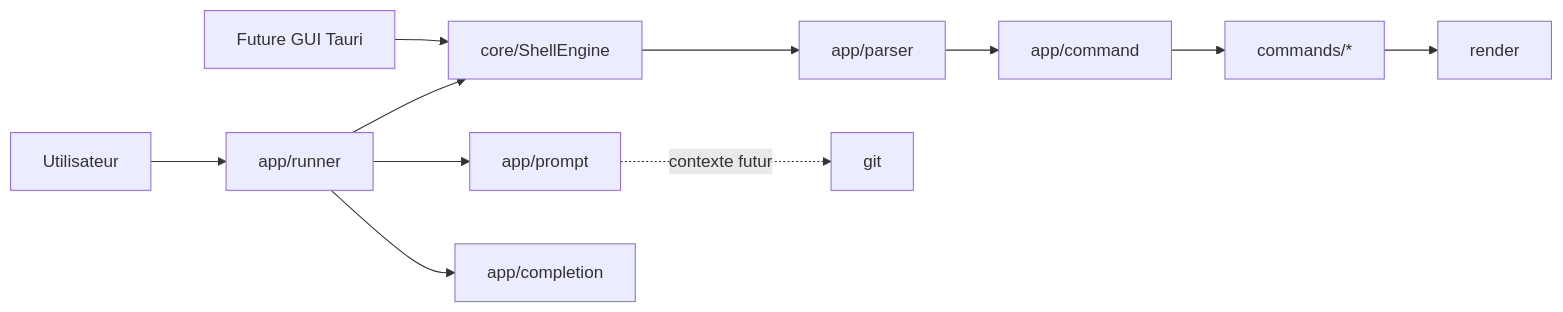
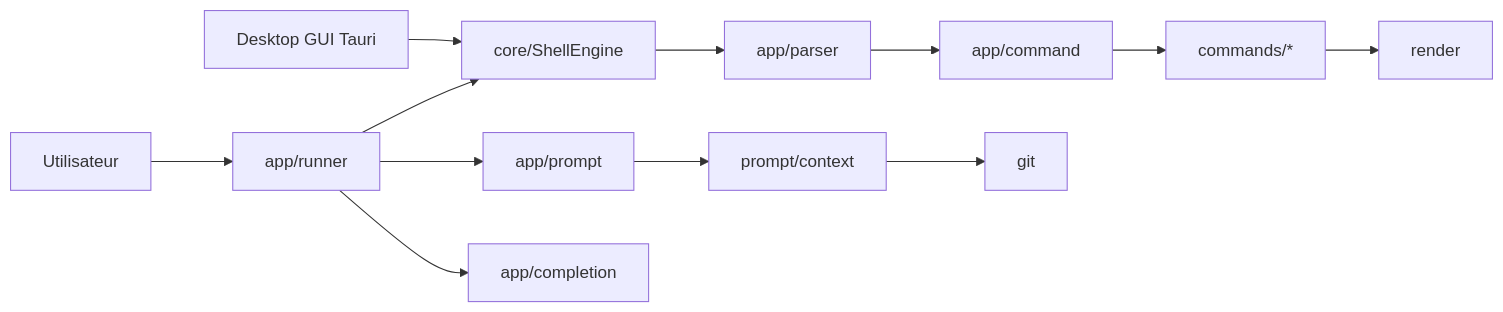
Before and after one commit to Blazorde/terminal_rust: the diagram in docs/architecture/overview.md, drawn with Mermaid. The commit also changed other lines of this file and 4 other files, not shown here.

````diff
--- a/docs/architecture/overview.md
+++ b/docs/architecture/overview.md
@@ -10,13 +10,14 @@
 ```mermaid
 flowchart LR
     User[Utilisateur] --> Runner[app/runner]
     Runner --> Engine[core/ShellEngine]
-    GUI[Future GUI Tauri] --> Engine
+    GUI[Desktop GUI Tauri] --> Engine
     Engine --> Parser[app/parser]
     Parser --> Dispatcher[app/command]
     Dispatcher --> Commands[commands/*]
     Commands --> Render[render]
     Runner --> Prompt[app/prompt]
-    Prompt -. contexte futur .-> Git[git]
+    Prompt --> Context[prompt/context]
+    Context --> Git[git]
     Runner --> Completion[app/completion]
 ```
````
